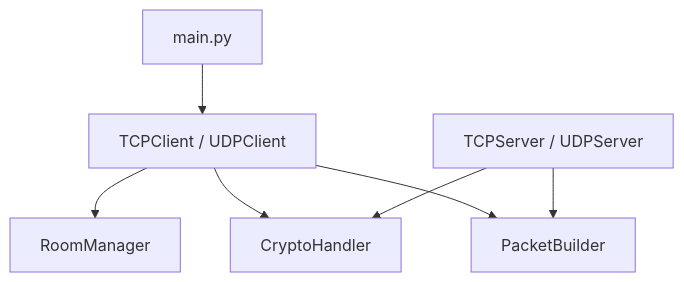
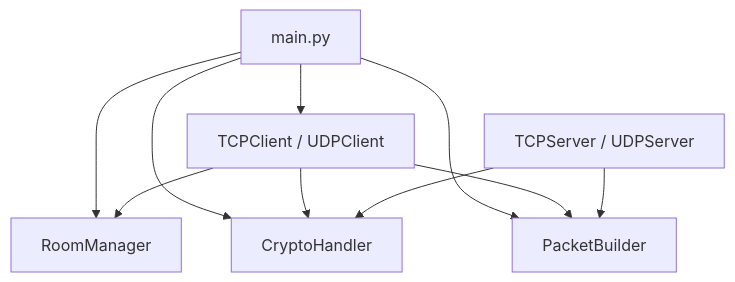
The first of 6 diagrams in README.md (BackendExplorer/Online-Chat-Service), drawn with Mermaid before and after one commit.

````diff
--- a/README.md
+++ b/README.md
@@ -1,26 +1,25 @@
 ```mermaid
 graph TD
-
-  %% 上段：UI・ドメイン・インフラ・パケット
+  %% ノード定義
   UI["main.py"]
   Domain["RoomManager"]
   Infra["CryptoHandler"]
   Packet["PacketBuilder"]
-
-  %% 中段：サーバ側
   Server["TCPServer / UDPServer"]
-
-  %% 下段：クライアント側
-  Application["TCPClient / UDPClient"]
+  Client["TCPClient / UDPClient"]
 
   %% 関係性
-  UI --> Application
-  Application --> Domain
-  Application --> Infra
-  Application --> Packet
+  UI --> Client
+  UI --> Domain
+  UI --> Infra
+  UI --> Packet
+
+  Client --> Domain
+  Client --> Infra
+  Client --> Packet
 
   Server --> Infra
   Server --> Packet
 
 
 ```
````
